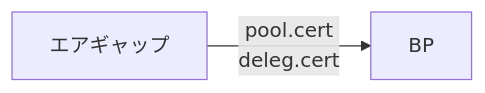
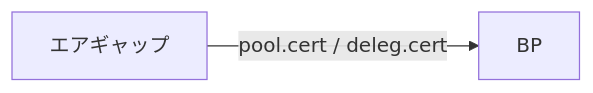
The second of 4 diagrams in docs/operation/cert-update.md (btbf/spojapanguild), drawn with Mermaid before and after one commit. The commit also changed 6 other files, not shown here.

````diff
--- a/docs/operation/cert-update.md
+++ b/docs/operation/cert-update.md
@@ -98,4 +98,4 @@
     ``` mermaid
     graph LR
-        A[エアギャップ] -->|pool.cert<br>deleg.cert| B[BP];
+        A[エアギャップ] -->|pool.cert / deleg.cert| B[BP];
     ```
````
